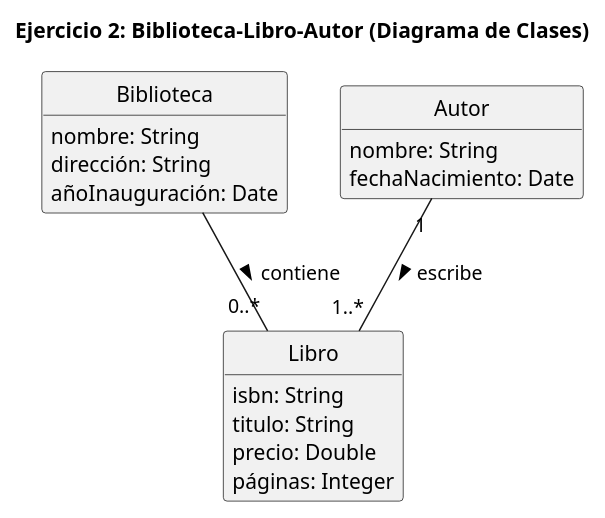
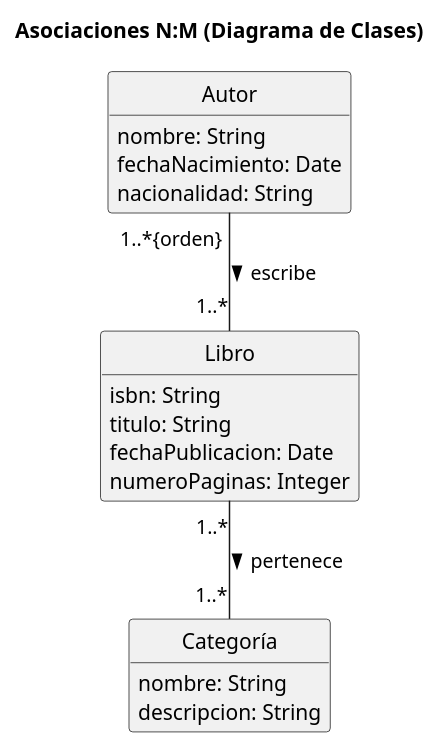
One commit to IISSI-US/web changed the second of 9 diagrams in _diagrams/mc2mr/diagramas.puml. Above: the diagram before and after it, drawn with PlantUML. The commit also changed other lines of this file and 59 other files, not shown here.

```diff
--- a/_diagrams/mc2mr/diagramas.puml
+++ b/_diagrams/mc2mr/diagramas.puml
@@ -32,27 +31,27 @@
-@startuml ejercicio-02-biblioteca-clases
-title Ejercicio 2: Biblioteca-Libro-Autor (Diagrama de Clases)
+@startuml asociaciones-mn-clases
+title Asociaciones N:M (Diagrama de Clases)
 
 hide empty members
 hide circle
 
-class Biblioteca {
+class Autor {
   nombre: String
-  dirección: String
-  añoInauguración: Date
+  fechaNacimiento: Date
+  nacionalidad: String
 }
 
 class Libro {
   isbn: String
   titulo: String
-  precio: Double
-  páginas: Integer
+  fechaPublicacion: Date
+  numeroPaginas: Integer
 }
 
-class Autor {
+class Categoría {
   nombre: String
-  fechaNacimiento: Date
+  descripcion: String
 }
 
-Biblioteca -- "0..*" Libro : contiene >
-Autor "1" -- "1..*" Libro : escribe >
+Autor "1..*{orden}" -- "1..*" Libro : escribe >
+Libro "1..*" -- "1..*" Categoría : pertenece >
 @enduml
```
